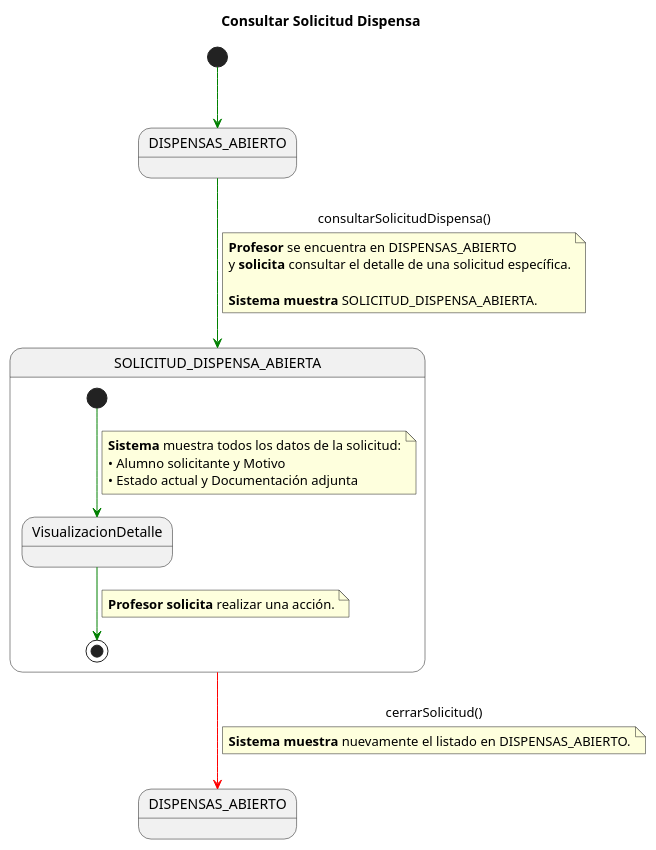
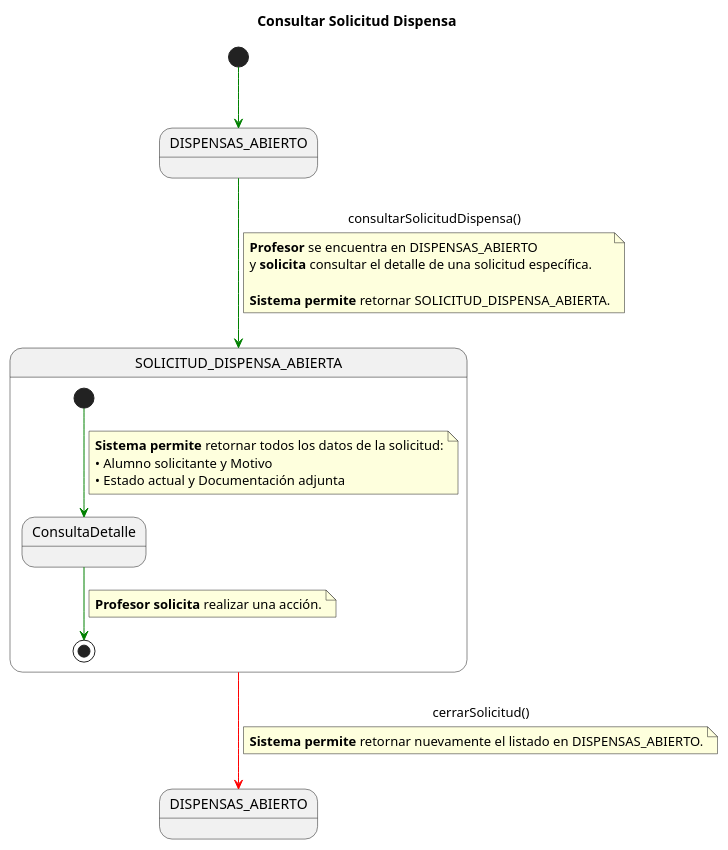
The diagram in documents/requisitado/02-detalle/Profesor/consultarSolicitudDispensa.puml (jerdier/25-26-idsw2-sdVC), drawn with PlantUML before and after one commit. The commit also changed 81 other files, not shown here.

```diff
--- a/documents/requisitado/02-detalle/Profesor/consultarSolicitudDispensa.puml
+++ b/documents/requisitado/02-detalle/Profesor/consultarSolicitudDispensa.puml
@@ -1,41 +1,41 @@
 @startuml
 title Consultar Solicitud Dispensa
 skinparam linetype polyline
 
 state DISPENSAS_ABIERTO_INICIAL       as "DISPENSAS_ABIERTO"
 state DISPENSAS_ABIERTO_FINAL       as "DISPENSAS_ABIERTO"
 state SOLICITUD_DISPENSA_ABIERTA_COMP as "SOLICITUD_DISPENSA_ABIERTA"
 
 [*] -[#green]-> DISPENSAS_ABIERTO_INICIAL
 
 DISPENSAS_ABIERTO_INICIAL -[#green]-> SOLICITUD_DISPENSA_ABIERTA_COMP : consultarSolicitudDispensa()
 note on link
 <b>Profesor</b> se encuentra en DISPENSAS_ABIERTO
 y <b>solicita</b> consultar el detalle de una solicitud específica.
 
-<b>Sistema muestra</b> SOLICITUD_DISPENSA_ABIERTA.
+<b>Sistema permite</b> retornar SOLICITUD_DISPENSA_ABIERTA.
 end note
 
 state SOLICITUD_DISPENSA_ABIERTA_COMP as "SOLICITUD_DISPENSA_ABIERTA" {
 
-    state VisualizacionDetalle
+    state ConsultaDetalle
 
-    [*] -[#green]-> VisualizacionDetalle
+    [*] -[#green]-> ConsultaDetalle
     note on link
-    <b>Sistema</b> muestra todos los datos de la solicitud:
+    <b>Sistema permite</b> retornar todos los datos de la solicitud:
     • Alumno solicitante y Motivo
     • Estado actual y Documentación adjunta
     end note
 
-    VisualizacionDetalle -[#green]-> [*]
+    ConsultaDetalle -[#green]-> [*]
     note on link
     <b>Profesor solicita</b> realizar una acción.
     end note
 }
 
 SOLICITUD_DISPENSA_ABIERTA_COMP -[#red]-> DISPENSAS_ABIERTO_FINAL : cerrarSolicitud()
 note on link
-<b>Sistema muestra</b> nuevamente el listado en DISPENSAS_ABIERTO.
+<b>Sistema permite</b> retornar nuevamente el listado en DISPENSAS_ABIERTO.
 end note
 
 @enduml
```
